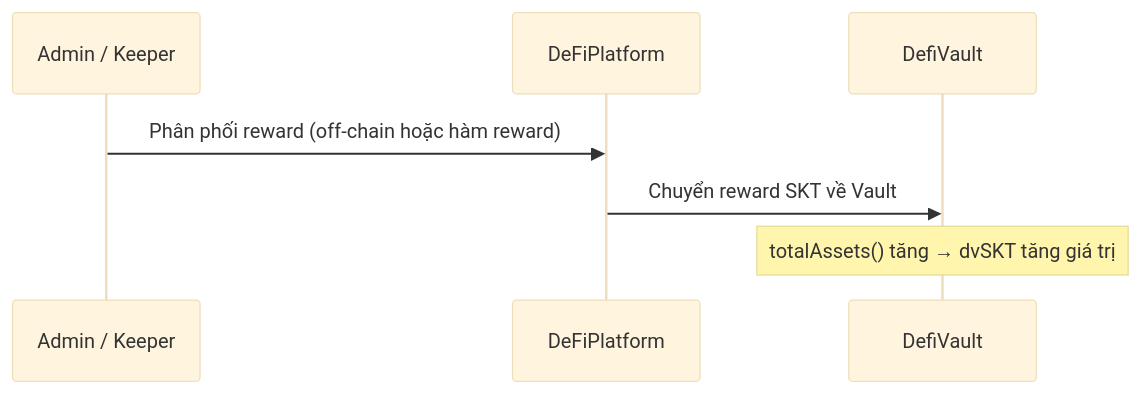
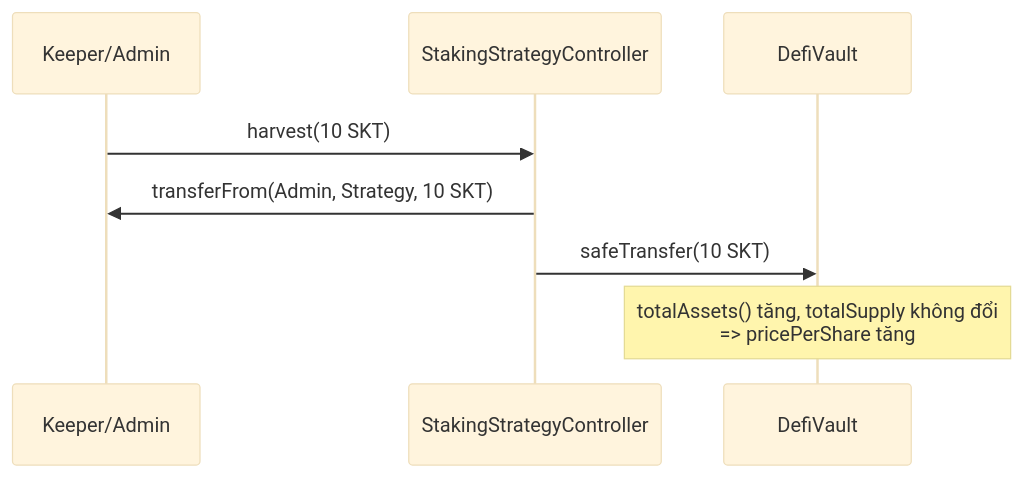
Before and after one commit to DuongDaiPhat/com.Defi.DefiWebApp: the second of 3 diagrams in docs/defi-vault-yield-integration-plan.md, drawn with Mermaid (base theme). The commit also changed other lines of this file and 6 other files, not shown here.

Commit message:
docs: add strategy vault implementation plan and gas static report

````diff
--- a/docs/defi-vault-yield-integration-plan.md
+++ b/docs/defi-vault-yield-integration-plan.md
@@ -104,10 +65,11 @@
 ```mermaid
 sequenceDiagram
-    participant Keeper as Admin / Keeper
-    participant Strategy as DeFiPlatform
+    participant Admin as Keeper/Admin
+    participant Strategy as StakingStrategyController
     participant Vault as DefiVault
 
-    Keeper->>Strategy: Phân phối reward (off-chain hoặc hàm reward)
-    Strategy->>Vault: Chuyển reward SKT về Vault
-    Note over Vault: totalAssets() tăng → dvSKT tăng giá trị
+    Admin->>Strategy: harvest(10 SKT)
+    Strategy->>Admin: transferFrom(Admin, Strategy, 10 SKT)
+    Strategy->>Vault: safeTransfer(10 SKT)
+    Note over Vault: totalAssets() tăng, totalSupply không đổi<br>=> pricePerShare tăng
 ```
````
